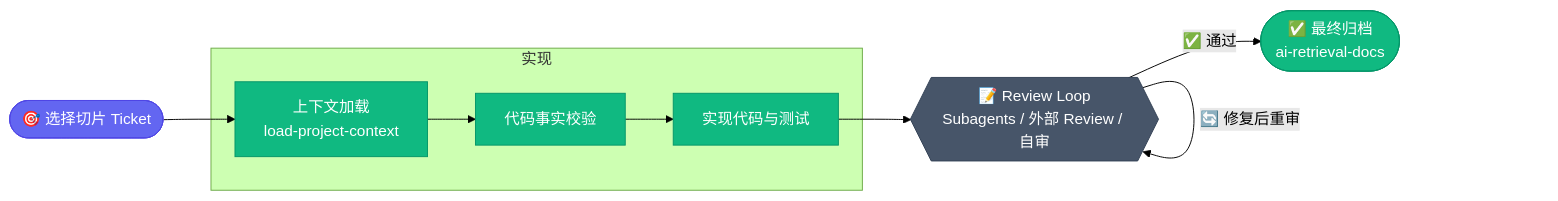
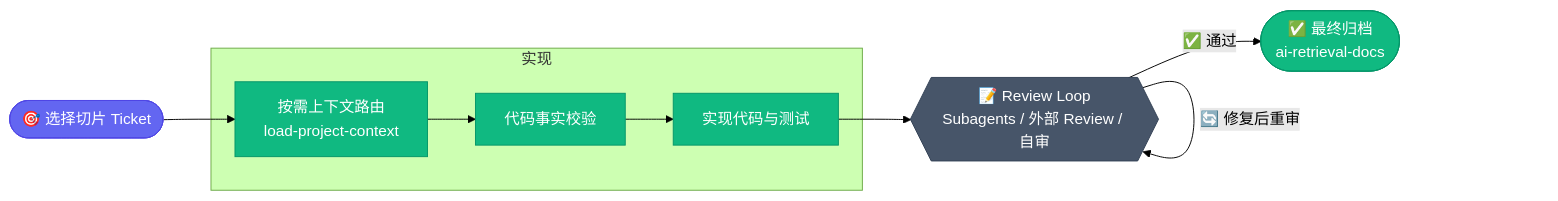
One commit to mofan212/codex-profile changed the third of 3 diagrams in README.md. Above: the diagram before and after it, drawn with Mermaid (forest theme). The commit also changed other lines of this file and 3 other files, not shown here.

Commit message:
load-project-context: 收窄上下文加载边界并对齐检索路由

````diff
--- a/README.md
+++ b/README.md
@@ -136,25 +138,25 @@
 ```mermaid
 flowchart LR
     slice(["🎯 选择切片 Ticket"])
 
     subgraph impl ["实现"]
-        locate["上下文加载\nload-project-context"]
+        locate["按需上下文路由\nload-project-context"]
         verify["代码事实校验"]
         implement["实现代码与测试"]
     end
 
     review{{"📝 Review Loop\nSubagents / 外部 Review / 自审"}}
     archive(["✅ 最终归档\nai-retrieval-docs"])
 
     slice --> locate --> verify --> implement
     implement --> review
     review -->|"✅ 通过"| archive
     review -->|"🔄 修复后重审"| review
 
     style slice fill:#6366f1,color:#fff,stroke:#4f46e5
     style review fill:#475569,color:#fff,stroke:#334155
     style archive fill:#10b981,color:#fff,stroke:#059669
     style locate fill:#10b981,color:#fff,stroke:#059669
     style verify fill:#10b981,color:#fff,stroke:#059669
     style implement fill:#10b981,color:#fff,stroke:#059669
 ```
````
